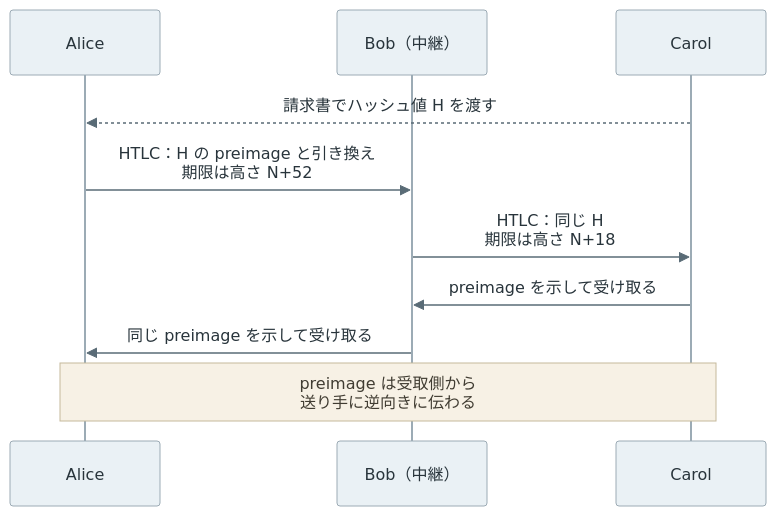
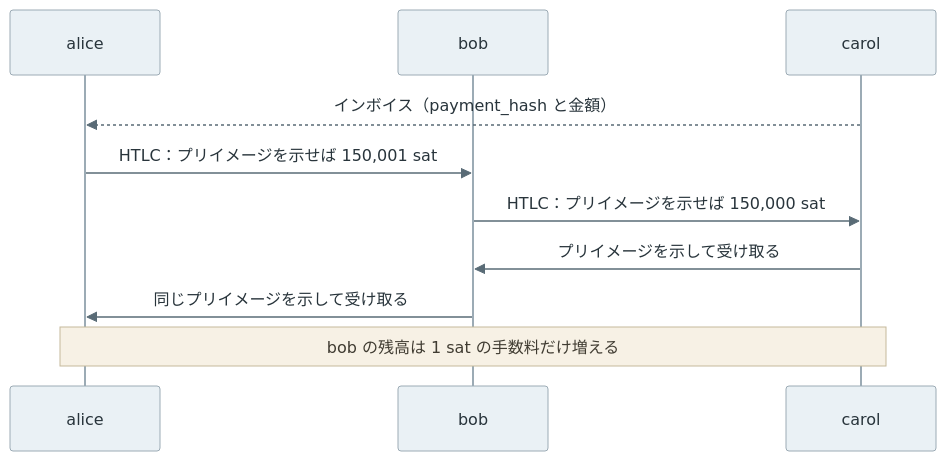
Before and after one commit to nao1215/debimate: the second of 2 diagrams in content/notes/blockchain-systems/lightning-network/index.md, drawn with Mermaid. The commit also changed other lines of this file and 20 other files, not shown here.

````diff
--- a/content/notes/blockchain-systems/lightning-network/index.md
+++ b/content/notes/blockchain-systems/lightning-network/index.md
@@ -161,13 +137,13 @@
 ```mermaid
 %%{init: {"theme":"base","themeVariables":{"primaryColor":"#eaf1f5","primaryTextColor":"#28343b","primaryBorderColor":"#9cabb5","lineColor":"#596b76","textColor":"#28343b","actorBkg":"#eaf1f5","actorBorder":"#9cabb5","actorTextColor":"#28343b","actorLineColor":"#9cabb5","signalColor":"#596b76","signalTextColor":"#28343b","noteBkgColor":"#f7f1e5","noteBorderColor":"#c5b99b","noteTextColor":"#403c32"}}}%%
 sequenceDiagram
-    participant A as Alice
-    participant B as Bob（中継）
-    participant C as Carol
-    C-->>A: 請求書でハッシュ値 H を渡す
-    A->>B: HTLC：H の preimage と引き換え<br/>期限は高さ N+52
-    B->>C: HTLC：同じ H<br/>期限は高さ N+18
-    C->>B: preimage を示して受け取る
-    B->>A: 同じ preimage を示して受け取る
-    Note over A,C: preimage は受取側から<br/>送り手に逆向きに伝わる
+    participant A as alice
+    participant B as bob
+    participant C as carol
+    C-->>A: インボイス（payment_hash と金額）
+    A->>B: HTLC：プリイメージを示せば 150,001 sat
+    B->>C: HTLC：プリイメージを示せば 150,000 sat
+    C->>B: プリイメージを示して受け取る
+    B->>A: 同じプリイメージを示して受け取る
+    Note over A,C: bob の残高は 1 sat の手数料だけ増える
 ```
````
